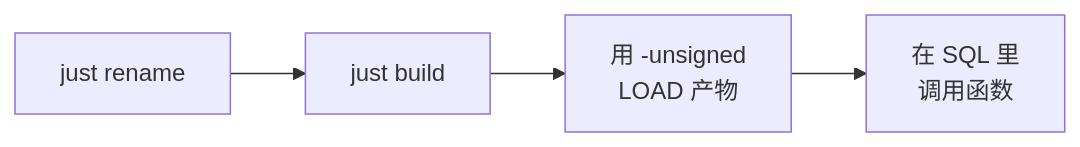
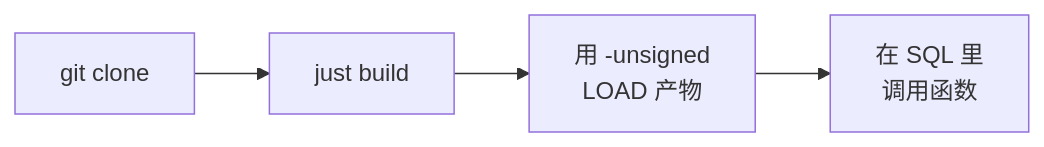
The diagram in docs/i18n/zh-Hans/docusaurus-plugin-content-docs/current/development/quick-start.md (shijianjs/duckfn-kuva), drawn with Mermaid before and after one commit. The commit also changed other lines of this file and 21 other files, not shown here.

````diff
--- a/docs/i18n/zh-Hans/docusaurus-plugin-content-docs/current/development/quick-start.md
+++ b/docs/i18n/zh-Hans/docusaurus-plugin-content-docs/current/development/quick-start.md
@@ -11,6 +11,6 @@
 ```mermaid
 flowchart LR
-    rename["just rename"] --> build["just build"]
+    clone["git clone"] --> build["just build"]
     build --> load["用 -unsigned<br/>LOAD 产物"]
     load --> call["在 SQL 里<br/>调用函数"]
 ```
````
